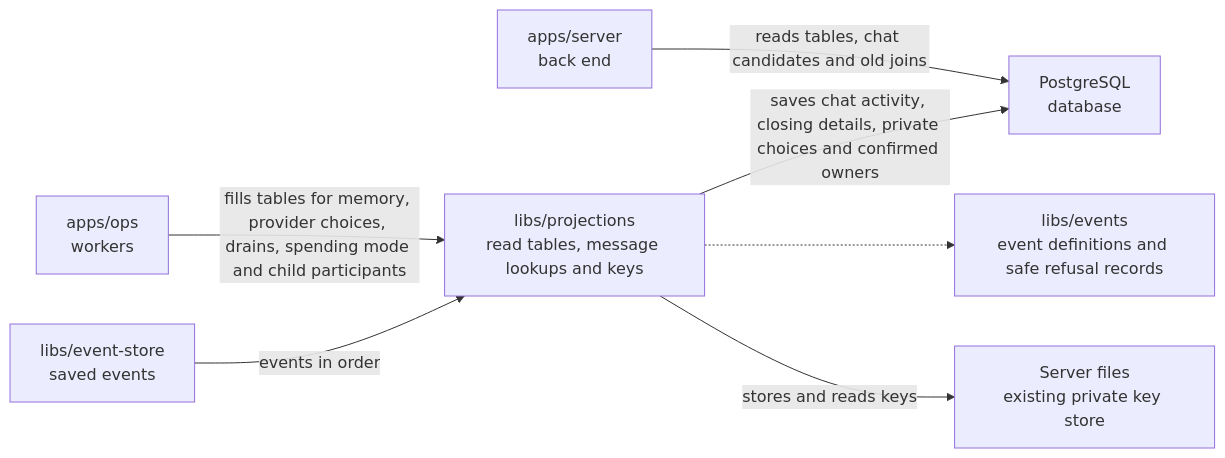
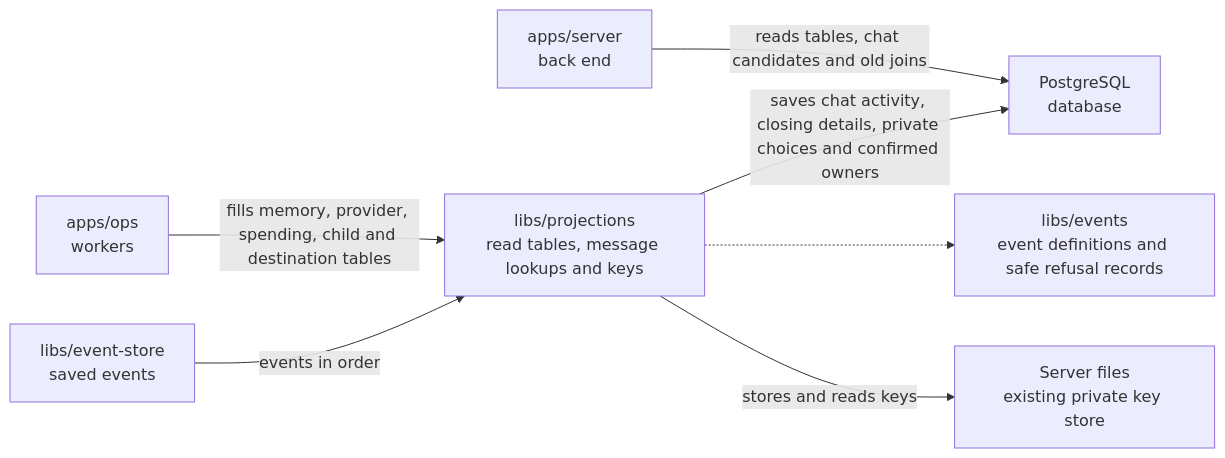
The diagram in libs/projections/README.md (elewa-git/opencrane-new), drawn with Mermaid before and after one commit. The commit also changed other lines of this file and 22 other files, not shown here.

````diff
--- a/libs/projections/README.md
+++ b/libs/projections/README.md
@@ -23,9 +23,9 @@
 ```mermaid
 flowchart LR
-  ops["apps/ops<br/>workers"] -->|fills tables for memory, provider choices, drains, spending mode and child participants| projections["libs/projections<br/>read tables, message lookups and keys"]
+  ops["apps/ops<br/>workers"] -->|fills memory, provider, spending, child and destination tables| projections["libs/projections<br/>read tables, message lookups and keys"]
   server["apps/server<br/>back end"] -->|reads tables, chat candidates and old joins| pg["PostgreSQL<br/>database"]
   projections -->|saves chat activity, closing details, private choices and confirmed owners| pg
   store["libs/event-store<br/>saved events"] -->|events in order| projections
   projections -.-> events["libs/events<br/>event definitions and safe refusal records"]
   projections -->|stores and reads keys| keys["Server files<br/>existing private key store"]
 ```
````
